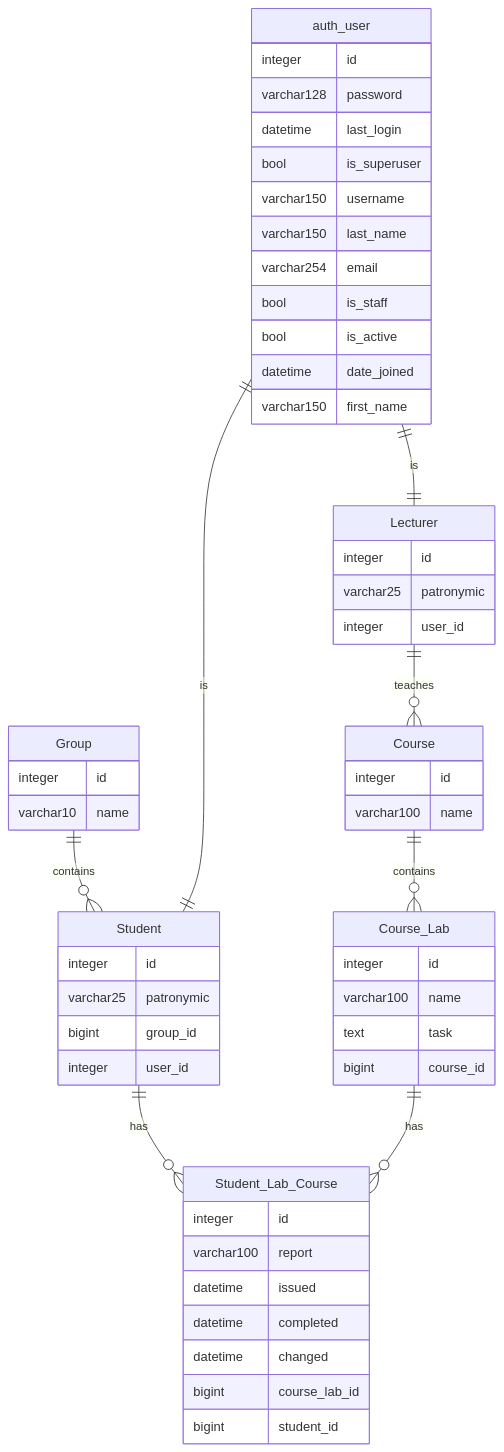
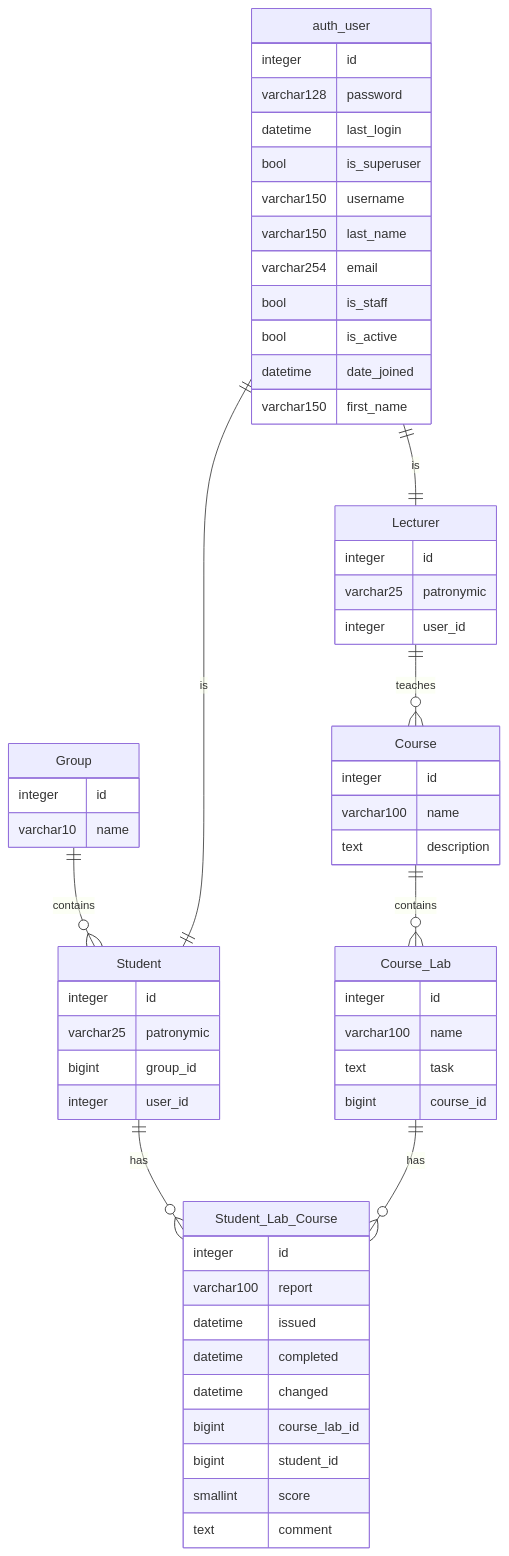
Before and after one commit to iYroglif/dzDIA: the diagram in README.md, drawn with Mermaid. The commit also changed 3 other files, not shown here.

Commit message:
add score and comment fields to lab

````diff
--- a/README.md
+++ b/README.md
@@ -2,57 +2,60 @@
 ```mermaid
 erDiagram
     Course {
         integer id
         varchar100 name
+        text description
     }
     Lecturer {
         integer id
         varchar25 patronymic
         integer user_id
     }
     Course_Lab {
         integer id
         varchar100 name
         text task
         bigint course_id
     }
     Group {
         integer id
         varchar10 name
     }
     Student {
         integer id
         varchar25 patronymic
         bigint group_id
         integer user_id
     }
     Student_Lab_Course {
         integer id
         varchar100 report
         datetime issued
         datetime completed
         datetime changed
         bigint course_lab_id
         bigint student_id
+        smallint score
+        text comment
     }
     auth_user {
         integer id
         varchar128 password
         datetime last_login
         bool is_superuser
         varchar150 username
         varchar150 last_name
         varchar254 email
         bool is_staff
         bool is_active
         datetime date_joined
         varchar150 first_name
     }
     Lecturer ||--o{ Course : teaches
     Course ||--o{ Course_Lab : contains
     Group ||--o{ Student : contains
     Student ||--o{ Student_Lab_Course : has
     Course_Lab ||--o{ Student_Lab_Course : has
     auth_user ||--|| Lecturer : is
     auth_user ||--|| Student : is
 ```
````
